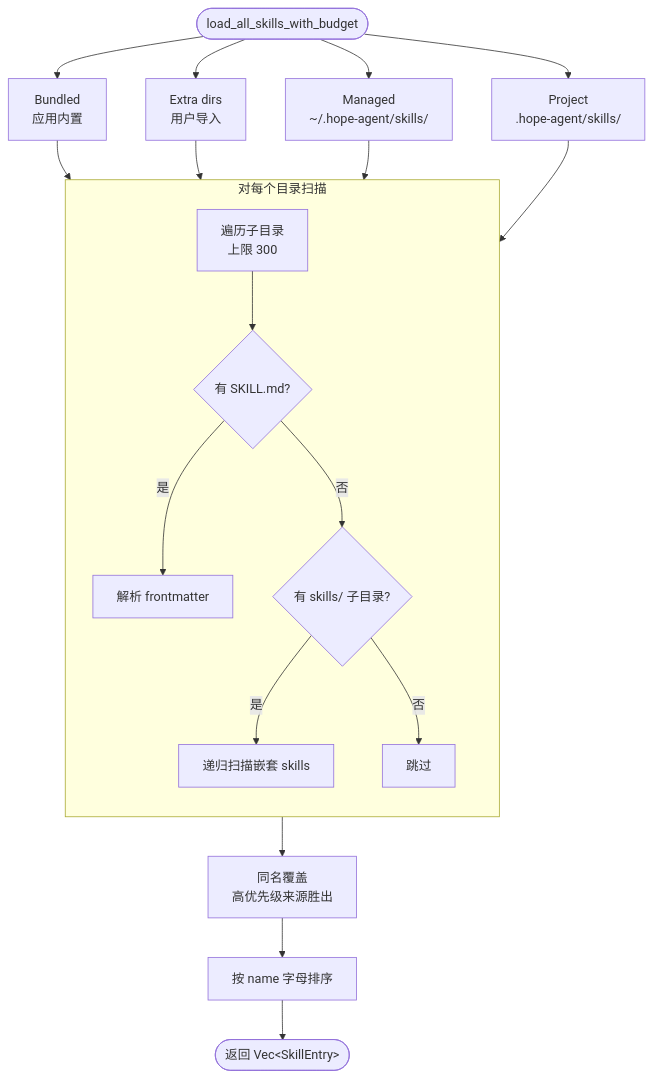
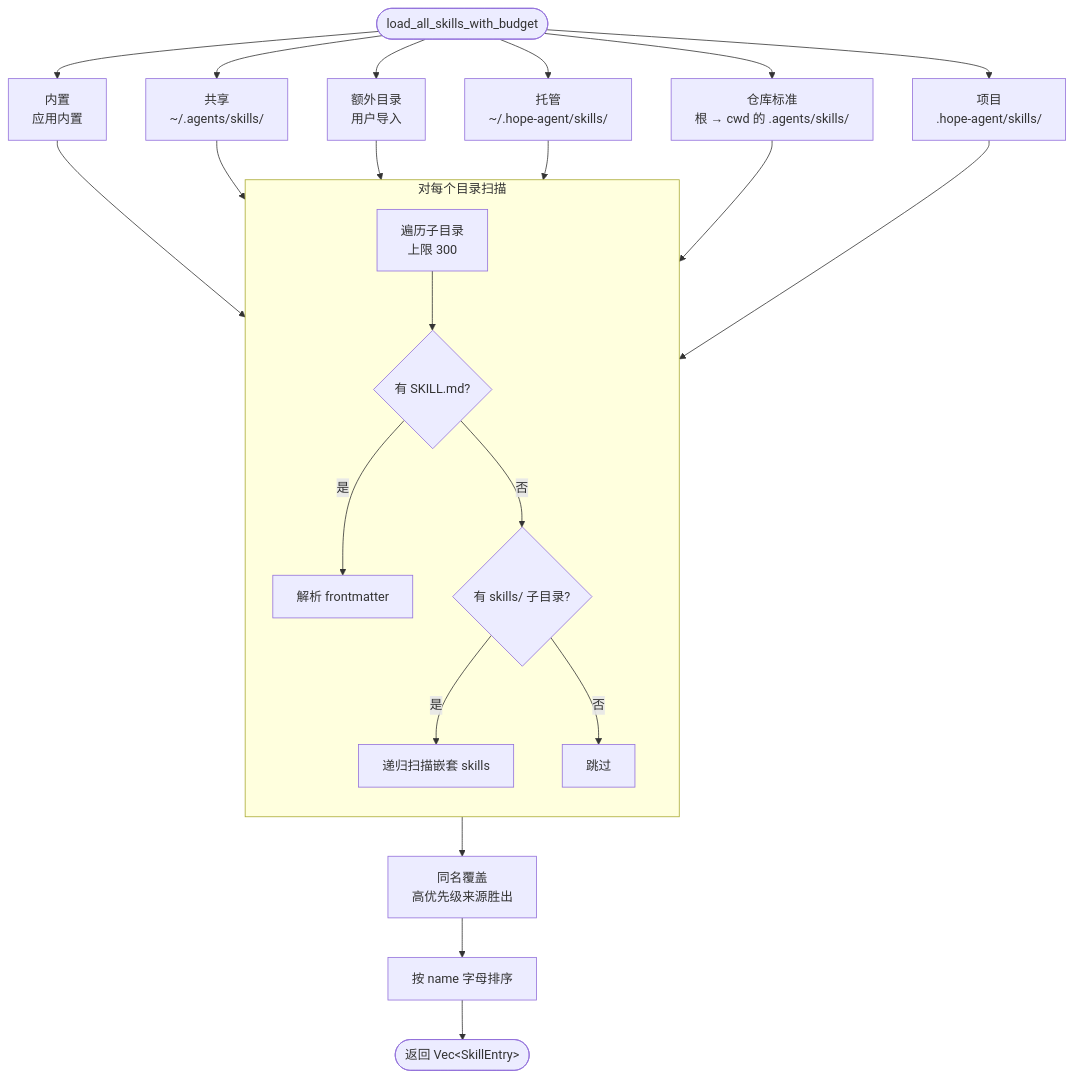
The fourth of 19 diagrams in docs/architecture/agent/skill-system.md (shiwenwen/hope-agent), drawn with Mermaid before and after one commit. The commit also changed other lines of this file and 209 other files, not shown here.

````diff
--- a/docs/architecture/agent/skill-system.md
+++ b/docs/architecture/agent/skill-system.md
@@ -327,22 +333,24 @@
 ```mermaid
 flowchart TD
-    START([load_all_skills_with_budget]) --> B["Bundled<br/>应用内置"]
-    START --> E["Extra dirs<br/>用户导入"]
-    START --> M["Managed<br/>~/.hope-agent/skills/"]
-    START --> P["Project<br/>.hope-agent/skills/"]
+    START([load_all_skills_with_budget]) --> B["内置<br/>应用内置"]
+    START --> S["共享<br/>~/.agents/skills/"]
+    START --> E["额外目录<br/>用户导入"]
+    START --> M["托管<br/>~/.hope-agent/skills/"]
+    START --> R["仓库标准<br/>根 → cwd 的 .agents/skills/"]
+    START --> P["项目<br/>.hope-agent/skills/"]
 
-    B & E & M & P --> SCAN
+    B & S & E & M & R & P --> SCAN
 
     subgraph SCAN["对每个目录扫描"]
         direction TB
         DIR["遍历子目录<br/>上限 300"] --> HAS{"有 SKILL.md?"}
         HAS -->|是| PARSE["解析 frontmatter"]
         HAS -->|否| NESTED{"有 skills/ 子目录?"}
         NESTED -->|是| RECURSE["递归扫描嵌套 skills"]
         NESTED -->|否| SKIP["跳过"]
     end
 
     SCAN --> DEDUP["同名覆盖<br/>高优先级来源胜出"]
     DEDUP --> SORT["按 name 字母排序"]
     SORT --> RESULT(["返回 Vec&lt;SkillEntry&gt;"])
 ```
````
